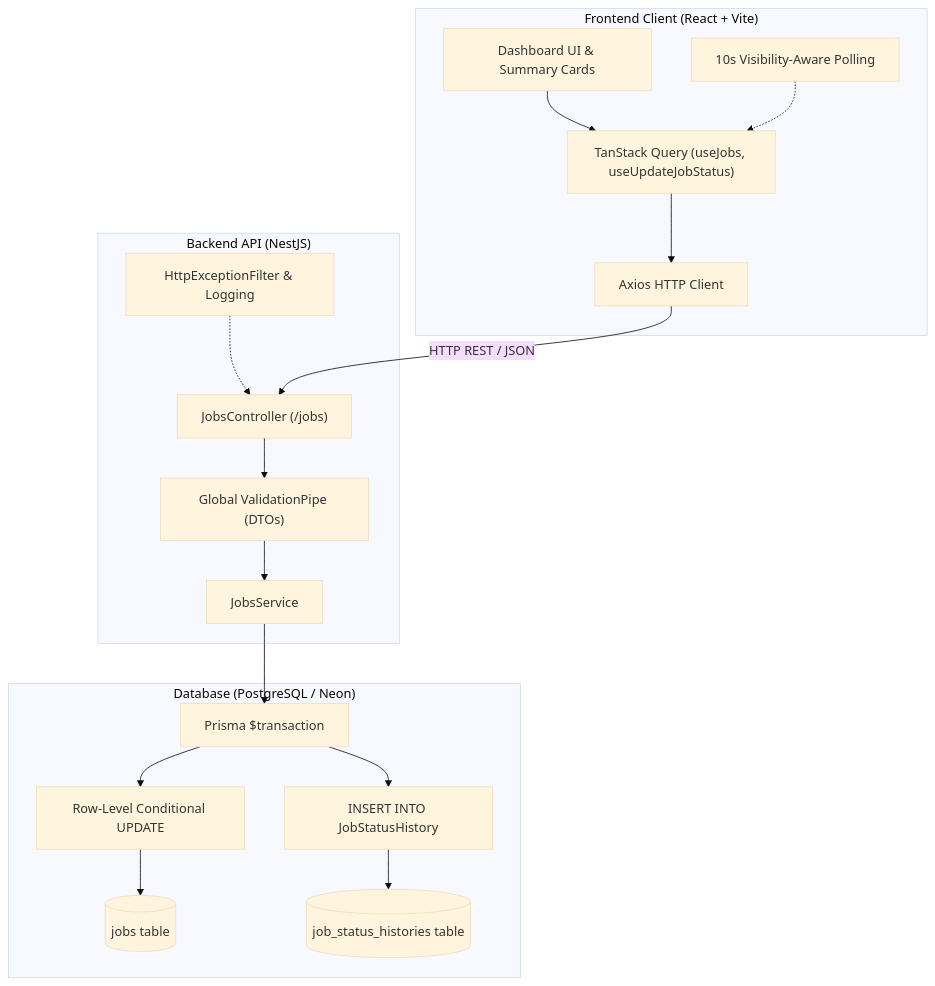
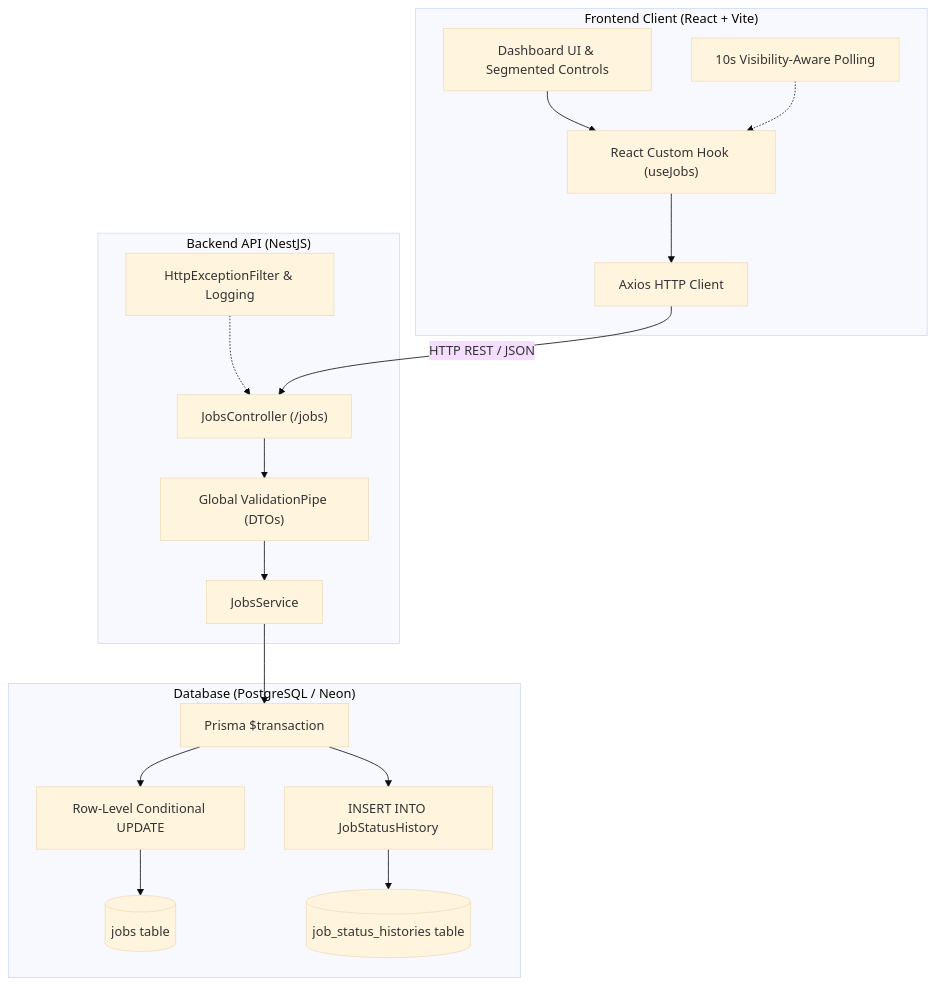
Before and after one commit to codes4vinay/Airth: the diagram in README.md, drawn with Mermaid (base theme). The commit also changed other lines of this file and 27 other files, not shown here.

````diff
--- a/README.md
+++ b/README.md
@@ -47,35 +44,35 @@
 ```mermaid
 flowchart TD
     subgraph Client["Frontend Client (React + Vite)"]
-        UI[Dashboard UI & Summary Cards]
-        TQ["TanStack Query (useJobs, useUpdateJobStatus)"]
+        UI[Dashboard UI & Segmented Controls]
+        Hook["React Custom Hook (useJobs)"]
         AxiosClient["Axios HTTP Client"]
         Poll["10s Visibility-Aware Polling"]
-        UI --> TQ
-        Poll -.-> TQ
-        TQ --> AxiosClient
+        UI --> Hook
+        Poll -.-> Hook
+        Hook --> AxiosClient
     end
 
     subgraph Server["Backend API (NestJS)"]
         Controller["JobsController (/jobs)"]
         Pipe["Global ValidationPipe (DTOs)"]
         Filter["HttpExceptionFilter & Logging"]
         Service["JobsService"]
         Controller --> Pipe --> Service
         Filter -.-> Controller
     end
 
     subgraph Storage["Database (PostgreSQL / Neon)"]
         Tx["Prisma $transaction"]
         AtomicUpdate["Row-Level Conditional UPDATE"]
         HistoryInsert["INSERT INTO JobStatusHistory"]
         TableJobs[("jobs table")]
         TableHistory[("job_status_histories table")]
 
         Service --> Tx
         Tx --> AtomicUpdate --> TableJobs
         Tx --> HistoryInsert --> TableHistory
     end
 
     AxiosClient -->|HTTP REST / JSON| Controller
 ```
````
